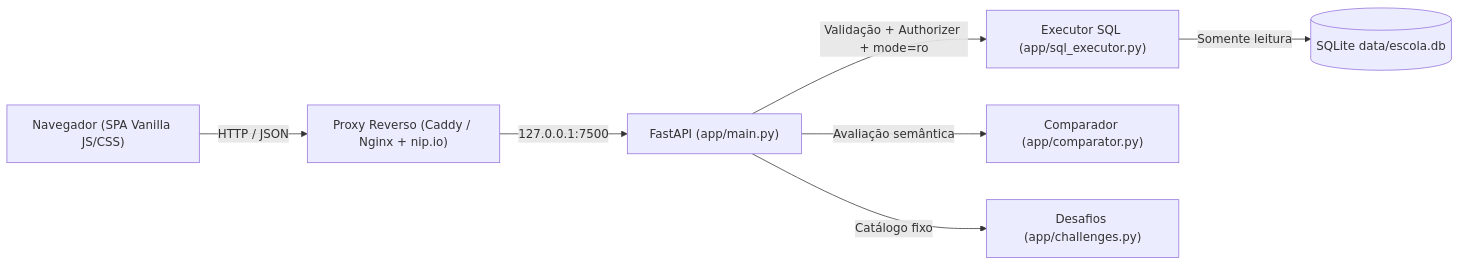
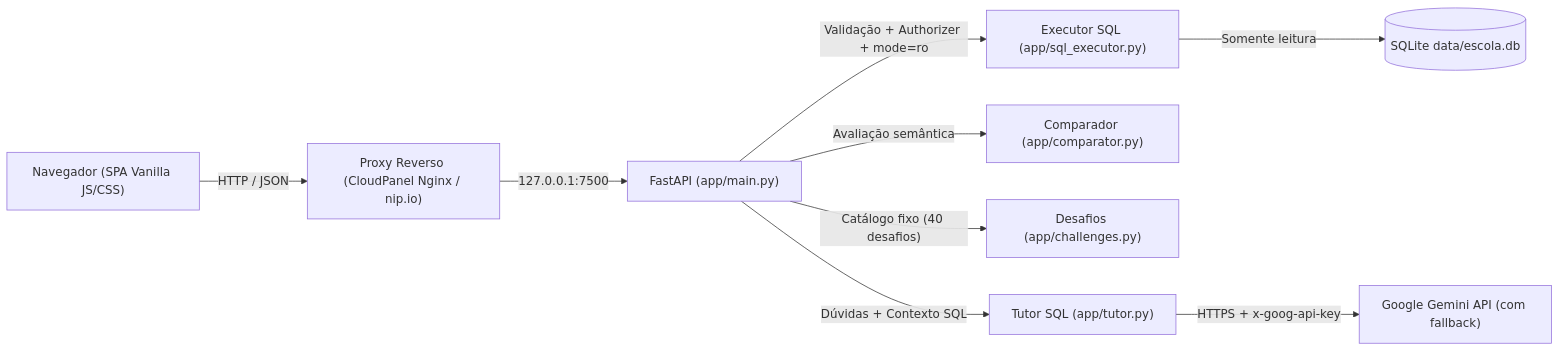
The first of 2 diagrams in docs/DOCUMENTACAO.md (AndrCapela/ProjetoSQL), drawn with Mermaid before and after one commit. The commit also changed other lines of this file, not shown here.

````diff
--- a/docs/DOCUMENTACAO.md
+++ b/docs/DOCUMENTACAO.md
@@ -9,9 +9,11 @@
 ```mermaid
 flowchart LR
-    U["Navegador (SPA Vanilla JS/CSS)"] -->|"HTTP / JSON"| P["Proxy Reverso (Caddy / Nginx + nip.io)"]
+    U["Navegador (SPA Vanilla JS/CSS)"] -->|"HTTP / JSON"| P["Proxy Reverso (CloudPanel Nginx / nip.io)"]
     P -->|"127.0.0.1:7500"| F["FastAPI (app/main.py)"]
     F -->|"Validação + Authorizer + mode=ro"| E["Executor SQL (app/sql_executor.py)"]
     E -->|"Somente leitura"| DB[("SQLite data/escola.db")]
     F -->|"Avaliação semântica"| C["Comparador (app/comparator.py)"]
-    F -->|"Catálogo fixo"| CH["Desafios (app/challenges.py)"]
+    F -->|"Catálogo fixo (40 desafios)"| CH["Desafios (app/challenges.py)"]
+    F -->|"Dúvidas + Contexto SQL"| T["Tutor SQL (app/tutor.py)"]
+    T -->|"HTTPS + x-goog-api-key"| G["Google Gemini API (com fallback)"]
 ```
````
